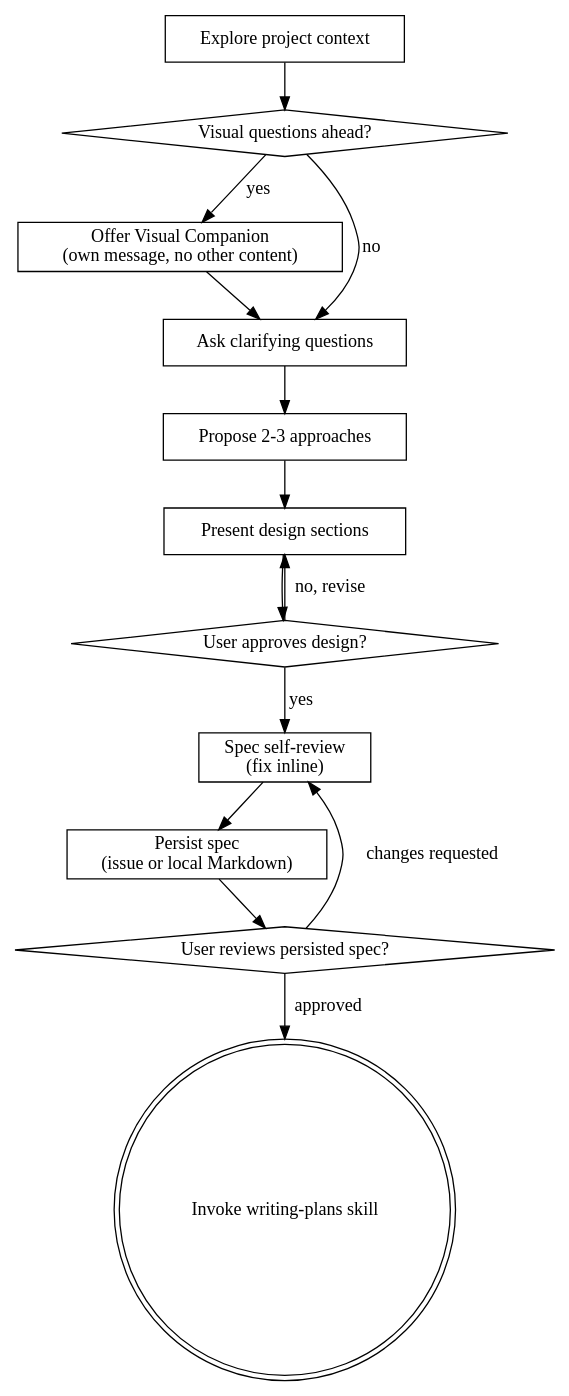
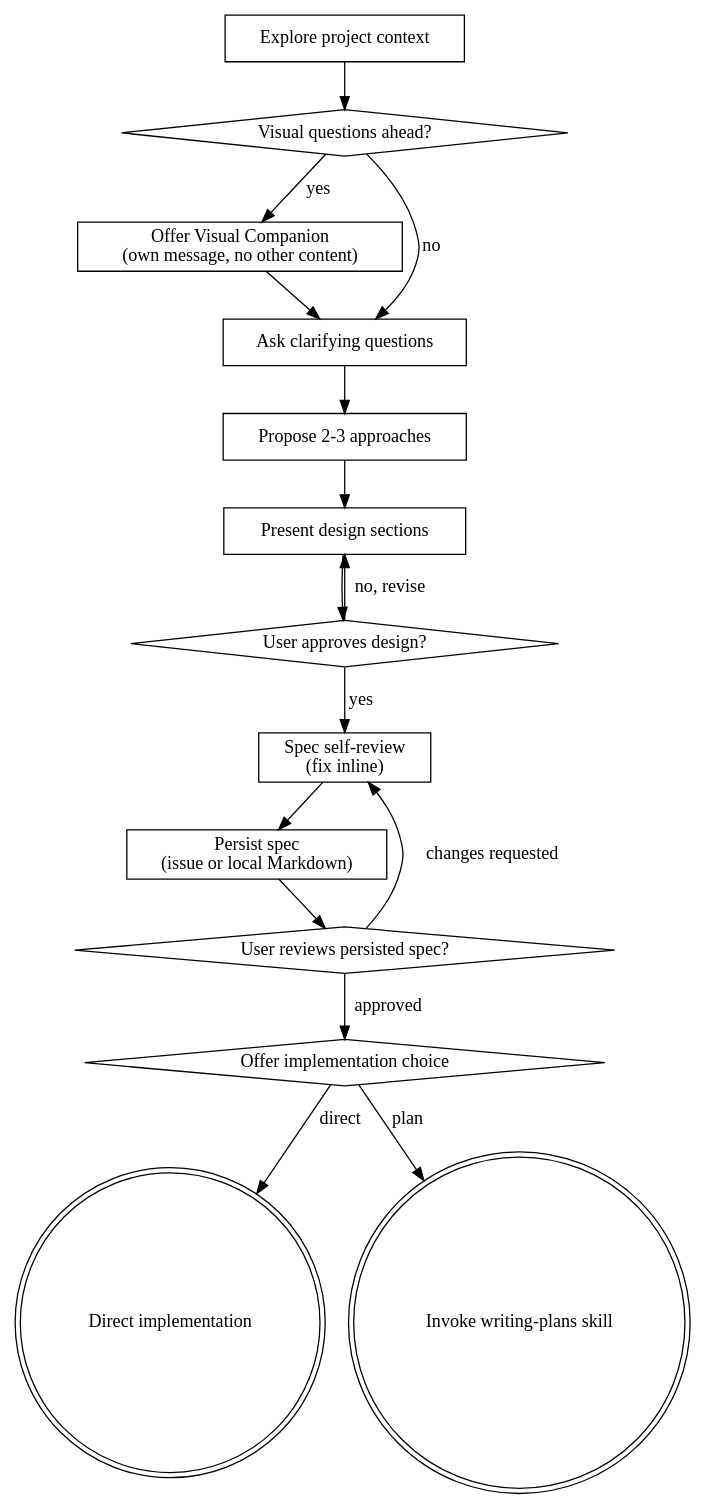
The diagram in skills/brainstorming/SKILL.md (membphis/superpowers), drawn with Graphviz before and after one commit. The commit also changed other lines of this file and 1 other file, not shown here.

Commit message:
feat: add direct implementation handoff

````diff
--- a/skills/brainstorming/SKILL.md
+++ b/skills/brainstorming/SKILL.md
@@ -36,29 +36,33 @@
 ```dot
 digraph brainstorming {
     "Explore project context" [shape=box];
     "Visual questions ahead?" [shape=diamond];
     "Offer Visual Companion\n(own message, no other content)" [shape=box];
     "Ask clarifying questions" [shape=box];
     "Propose 2-3 approaches" [shape=box];
     "Present design sections" [shape=box];
     "User approves design?" [shape=diamond];
     "Spec self-review\n(fix inline)" [shape=box];
     "Persist spec\n(issue or local Markdown)" [shape=box];
     "User reviews persisted spec?" [shape=diamond];
+    "Offer implementation choice" [shape=diamond];
+    "Direct implementation" [shape=doublecircle];
     "Invoke writing-plans skill" [shape=doublecircle];
 
     "Explore project context" -> "Visual questions ahead?";
     "Visual questions ahead?" -> "Offer Visual Companion\n(own message, no other content)" [label="yes"];
     "Visual questions ahead?" -> "Ask clarifying questions" [label="no"];
     "Offer Visual Companion\n(own message, no other content)" -> "Ask clarifying questions";
     "Ask clarifying questions" -> "Propose 2-3 approaches";
     "Propose 2-3 approaches" -> "Present design sections";
     "Present design sections" -> "User approves design?";
     "User approves design?" -> "Present design sections" [label="no, revise"];
     "User approves design?" -> "Spec self-review\n(fix inline)" [label="yes"];
     "Spec self-review\n(fix inline)" -> "Persist spec\n(issue or local Markdown)";
     "Persist spec\n(issue or local Markdown)" -> "User reviews persisted spec?";
     "User reviews persisted spec?" -> "Spec self-review\n(fix inline)" [label="changes requested"];
-    "User reviews persisted spec?" -> "Invoke writing-plans skill" [label="approved"];
+    "User reviews persisted spec?" -> "Offer implementation choice" [label="approved"];
+    "Offer implementation choice" -> "Direct implementation" [label="direct"];
+    "Offer implementation choice" -> "Invoke writing-plans skill" [label="plan"];
 }
 ```
````
